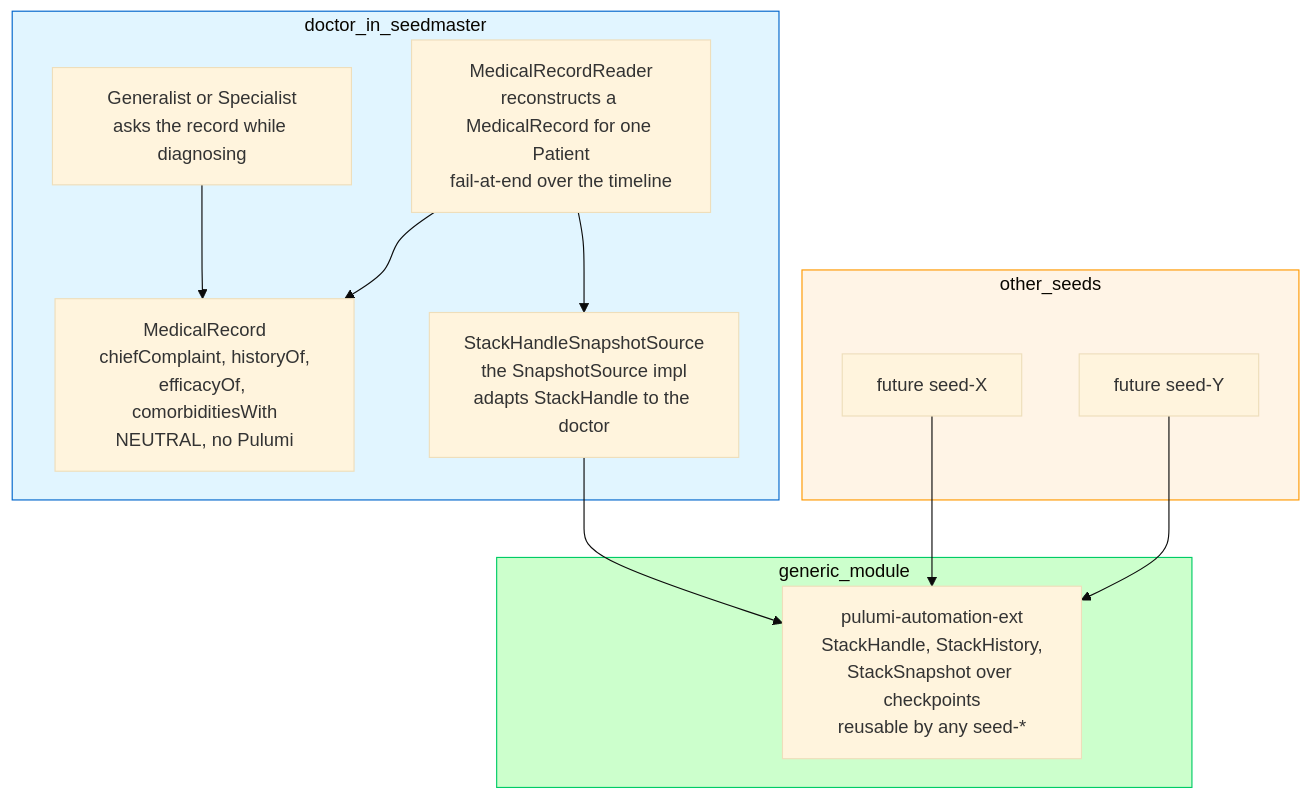
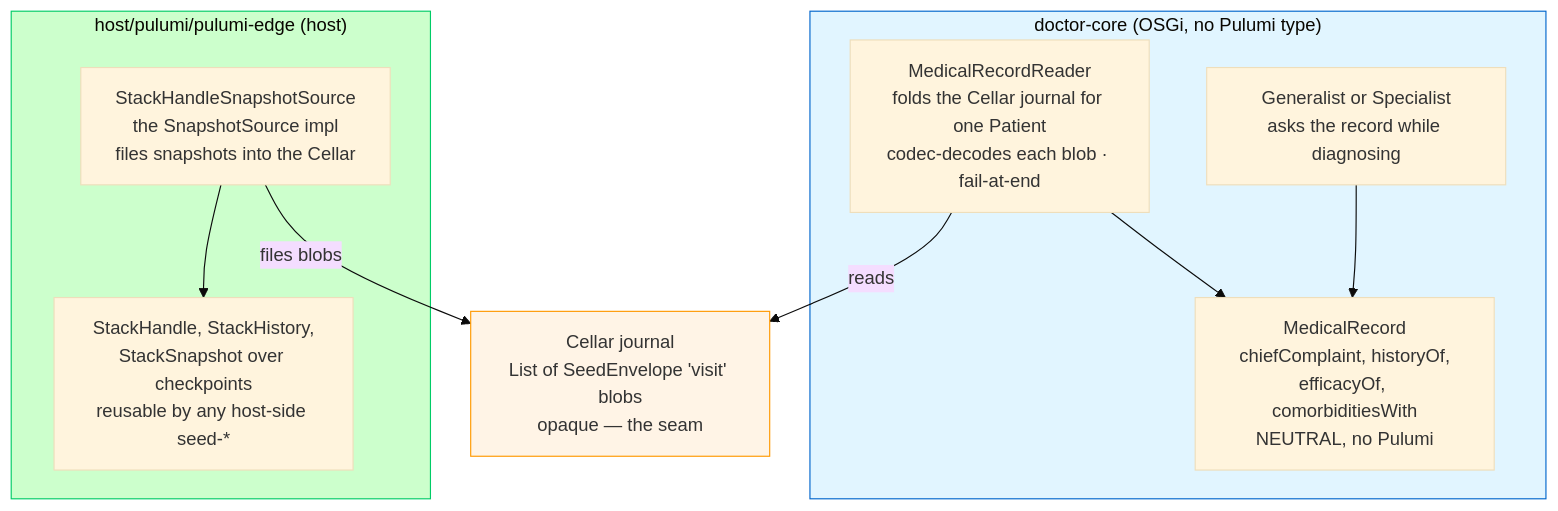
The second of 5 diagrams in docs/architecture/doctor/medical-record-query-api-design.adoc (nxmatic/rke2lab), drawn with Mermaid (base theme) before and after one commit. The commit also changed other lines of this file and 35 other files, not shown here.

```diff
--- a/docs/architecture/doctor/medical-record-query-api-design.adoc
+++ b/docs/architecture/doctor/medical-record-query-api-design.adoc
@@ -145,27 +169,23 @@
 [mermaid]
 ----
 graph TB
-    subgraph doctor_in_seedmaster
+    subgraph doctor_core["doctor-core (OSGi, no Pulumi type)"]
         GEN["Generalist or Specialist<br/>asks the record while diagnosing"]
         API["MedicalRecord<br/>chiefComplaint, historyOf,<br/>efficacyOf, comorbiditiesWith<br/>NEUTRAL, no Pulumi"]
-        READER["MedicalRecordReader<br/>reconstructs a MedicalRecord for one Patient<br/>fail-at-end over the timeline"]
-        SRC["StackHandleSnapshotSource<br/>the SnapshotSource impl<br/>adapts StackHandle to the doctor"]
+        READER["MedicalRecordReader<br/>folds the Cellar journal for one Patient<br/>codec-decodes each blob · fail-at-end"]
     end
-    subgraph generic_module
-        EXT["pulumi-automation-ext<br/>StackHandle, StackHistory,<br/>StackSnapshot over checkpoints<br/>reusable by any seed-*"]
-    end
-    subgraph other_seeds
-        S2["future seed-X"]
-        S3["future seed-Y"]
+    SEAM["Cellar journal<br/>List of SeedEnvelope 'visit' blobs<br/>opaque — the seam"]
+    subgraph pulumi_edge["host/pulumi/pulumi-edge (host)"]
+        SRC["StackHandleSnapshotSource<br/>the SnapshotSource impl<br/>files snapshots into the Cellar"]
+        EXT["StackHandle, StackHistory,<br/>StackSnapshot over checkpoints<br/>reusable by any host-side seed-*"]
     end
     GEN --> API
     READER --> API
-    READER --> SRC
+    READER -->|reads| SEAM
+    SRC -->|files blobs| SEAM
     SRC --> EXT
-    S2 --> EXT
-    S3 --> EXT
 
-    style doctor_in_seedmaster fill:#e1f5ff,stroke:#0066cc
-    style generic_module fill:#ccffcc,stroke:#00cc66
-    style other_seeds fill:#fff4e6,stroke:#ff9900
+    style doctor_core fill:#e1f5ff,stroke:#0066cc
+    style pulumi_edge fill:#ccffcc,stroke:#00cc66
+    style SEAM fill:#fff4e6,stroke:#ff9900
 ----
```
